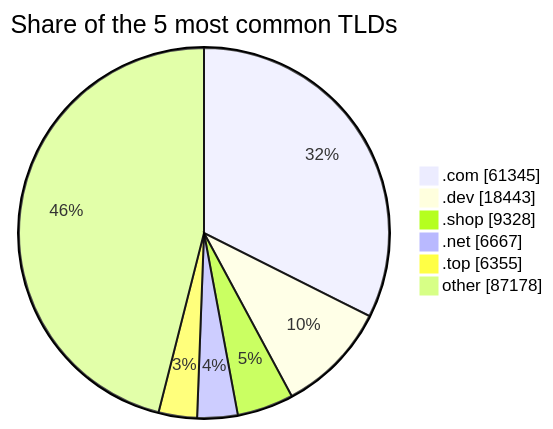
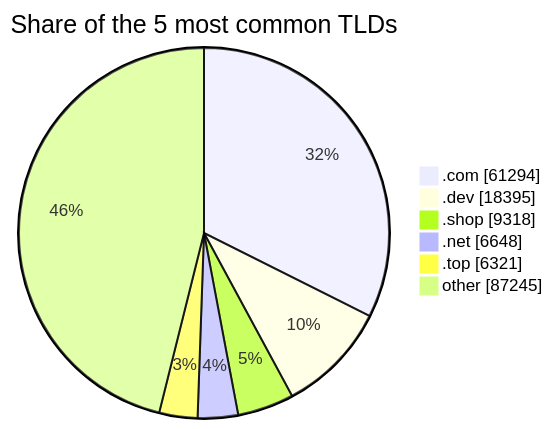
The third of 3 diagrams in README.md (DNSBunker/CTI), drawn with Mermaid before and after one commit. The commit also changed other lines of this file and 3 other files, not shown here.

````diff
--- a/README.md
+++ b/README.md
@@ -81,9 +81,9 @@
 ```mermaid
 pie showData title Share of the 5 most common TLDs
-    ".com" : 61345
-    ".dev" : 18443
-    ".shop" : 9328
-    ".net" : 6667
-    ".top" : 6355
-    "other" : 87178
+    ".com" : 61294
+    ".dev" : 18395
+    ".shop" : 9318
+    ".net" : 6648
+    ".top" : 6321
+    "other" : 87245
 ```
````
